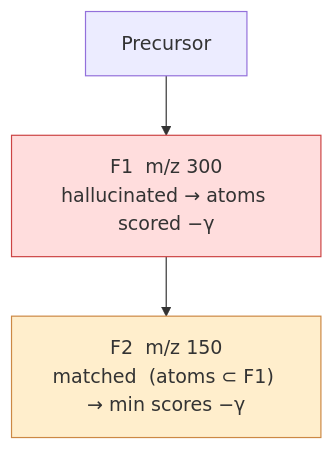
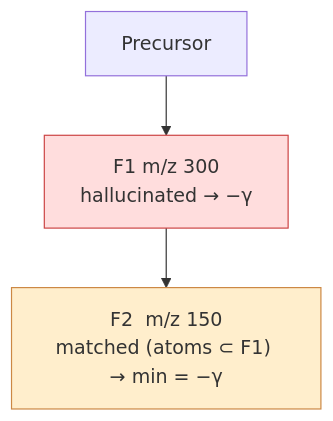
The first of 3 diagrams in docs/dag_guided_molecular_generation.md (LZhang98/fragnnet), drawn with Mermaid before and after one commit. The commit also changed other lines of this file, not shown here.

````diff
--- a/docs/dag_guided_molecular_generation.md
+++ b/docs/dag_guided_molecular_generation.md
@@ -26,9 +24,9 @@
 ```mermaid
 flowchart TD
     P["Precursor"]
-    F1["F1  m/z 300\nhallucinated → atoms scored −γ"]
-    F2["F2  m/z 150\nmatched  (atoms ⊂ F1) → min scores −γ"]
+    F1["F1  m/z 300\nhallucinated → −γ"]
+    F2["F2  m/z 150\nmatched (atoms ⊂ F1) → min = −γ"]
     P --> F1 --> F2
     style F1 fill:#ffdddd,stroke:#cc4444
     style F2 fill:#ffeecc,stroke:#cc8844
 ```
````
